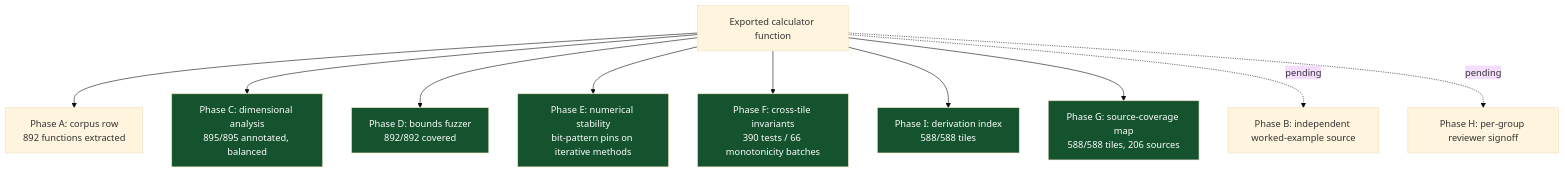
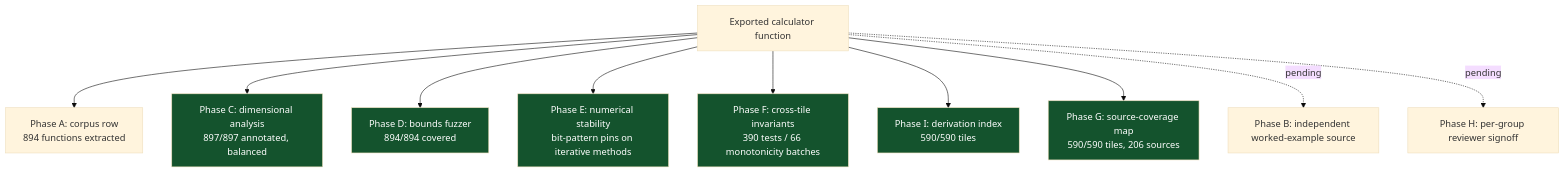
Before and after one commit to clay-good/roughlogic.com: the sixth of 8 diagrams in README.md, drawn with Mermaid (base theme). The commit also changed other lines of this file and 17 other files, not shown here.

````diff
--- a/README.md
+++ b/README.md
@@ -382,18 +384,18 @@
 ```mermaid
 flowchart TB
-    F[Exported calculator function] --> A[Phase A: corpus row\n892 functions extracted]
-    F --> C[Phase C: dimensional analysis\n895/895 annotated, balanced]
-    F --> D[Phase D: bounds fuzzer\n892/892 covered]
+    F[Exported calculator function] --> A[Phase A: corpus row\n894 functions extracted]
+    F --> C[Phase C: dimensional analysis\n897/897 annotated, balanced]
+    F --> D[Phase D: bounds fuzzer\n894/894 covered]
     F --> E[Phase E: numerical stability\nbit-pattern pins on iterative methods]
     F --> Fa[Phase F: cross-tile invariants\n390 tests / 66 monotonicity batches]
-    F --> I[Phase I: derivation index\n588/588 tiles]
-    F --> G[Phase G: source-coverage map\n588/588 tiles, 206 sources]
+    F --> I[Phase I: derivation index\n590/590 tiles]
+    F --> G[Phase G: source-coverage map\n590/590 tiles, 206 sources]
     F -.pending.-> B[Phase B: independent worked-example source]
     F -.pending.-> H[Phase H: per-group reviewer signoff]
     style C fill:#14532d,color:#fff
     style D fill:#14532d,color:#fff
     style E fill:#14532d,color:#fff
     style Fa fill:#14532d,color:#fff
     style G fill:#14532d,color:#fff
     style I fill:#14532d,color:#fff
 ```
````
